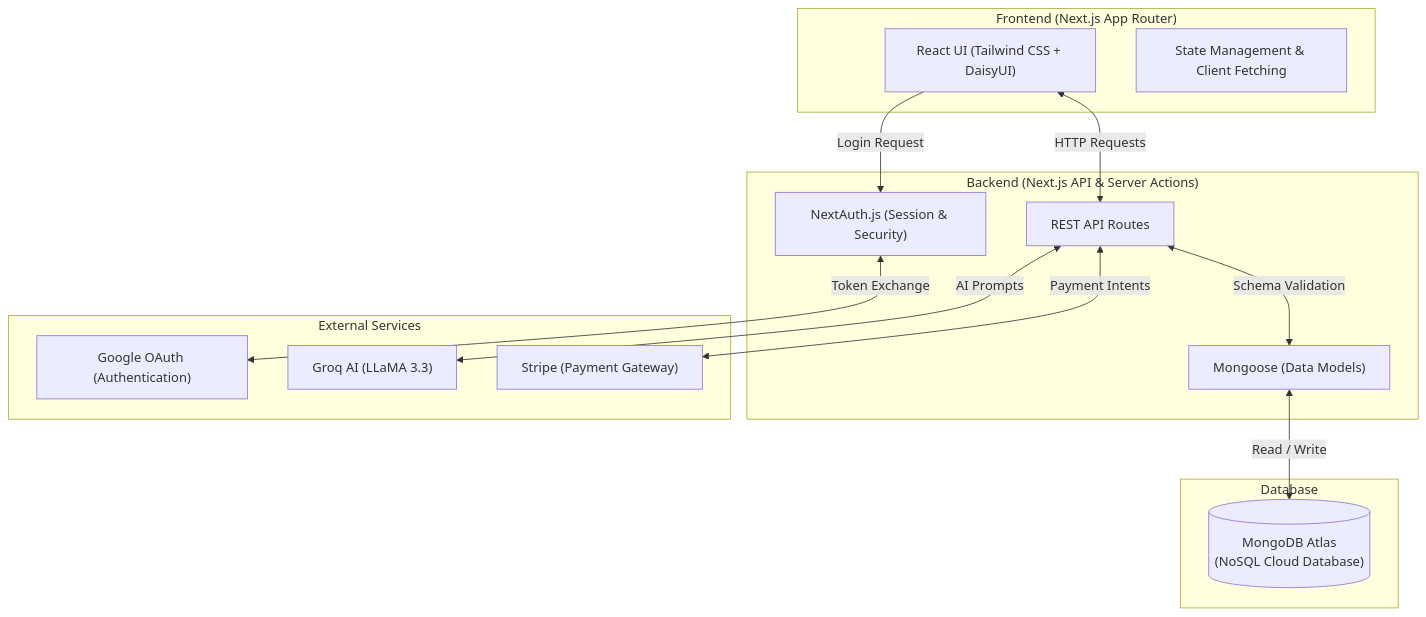
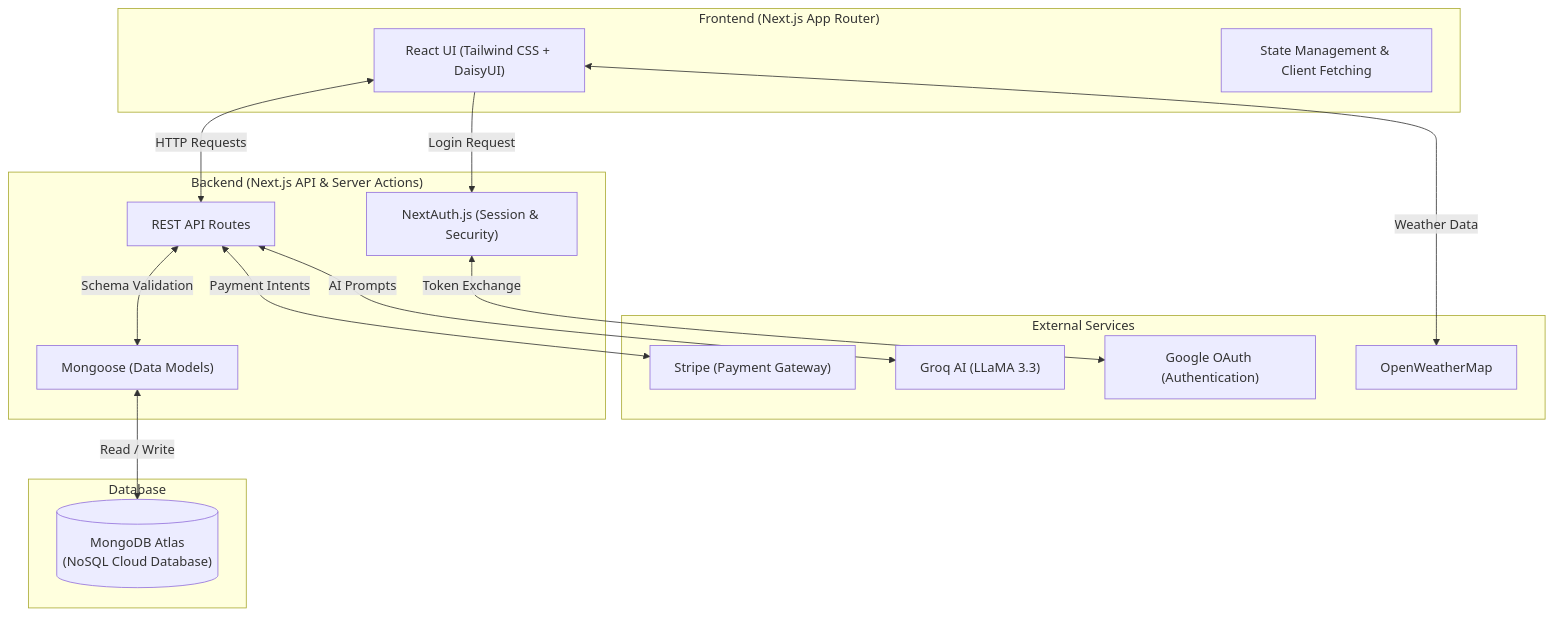
One commit to SiratimMChy/Navora-AI-Travel-Guide changed the diagram in README.md. Above: the diagram before and after it, drawn with Mermaid. The commit also changed other lines of this file, not shown here.

````diff
--- a/README.md
+++ b/README.md
@@ -138,31 +144,33 @@
 ```mermaid
 flowchart TB
     subgraph Client ["Frontend (Next.js App Router)"]
         UI["React UI (Tailwind CSS + DaisyUI)"]
         State["State Management & Client Fetching"]
     end
 
     subgraph Server ["Backend (Next.js API & Server Actions)"]
         API["REST API Routes"]
         Auth["NextAuth.js (Session & Security)"]
         ODM["Mongoose (Data Models)"]
     end
 
     subgraph DB ["Database"]
         Mongo[("MongoDB Atlas\n(NoSQL Cloud Database)")]
     end
 
     subgraph Ext ["External Services"]
         Stripe["Stripe (Payment Gateway)"]
         Groq["Groq AI (LLaMA 3.3)"]
         OAuth["Google OAuth (Authentication)"]
+        Weather["OpenWeatherMap"]
     end
 
     UI <-->|HTTP Requests| API
     UI -->|Login Request| Auth
     Auth <-->|Token Exchange| OAuth
     API <-->|Schema Validation| ODM
     ODM <-->|Read / Write| Mongo
     API <-->|Payment Intents| Stripe
     API <-->|AI Prompts| Groq
+    UI <-->|Weather Data| Weather
 ```
````
